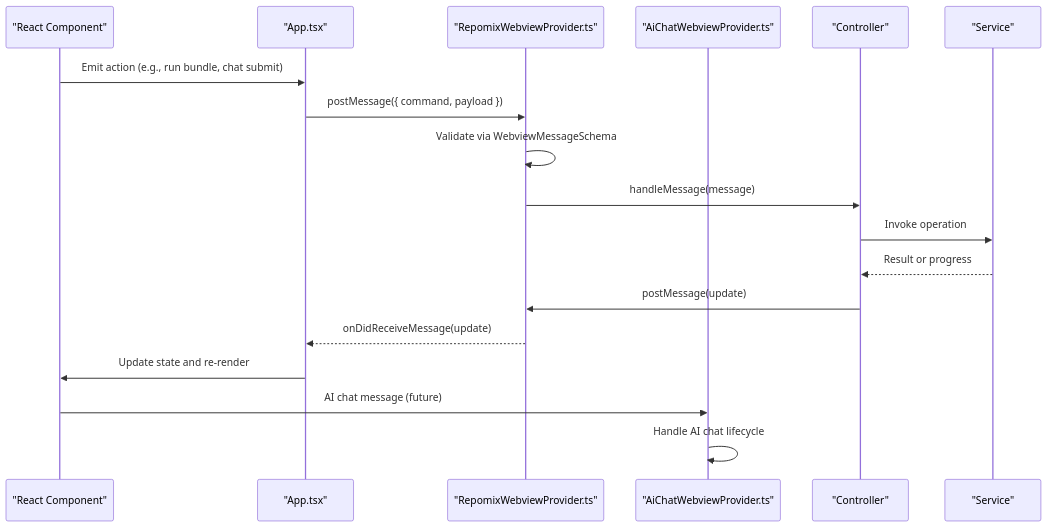
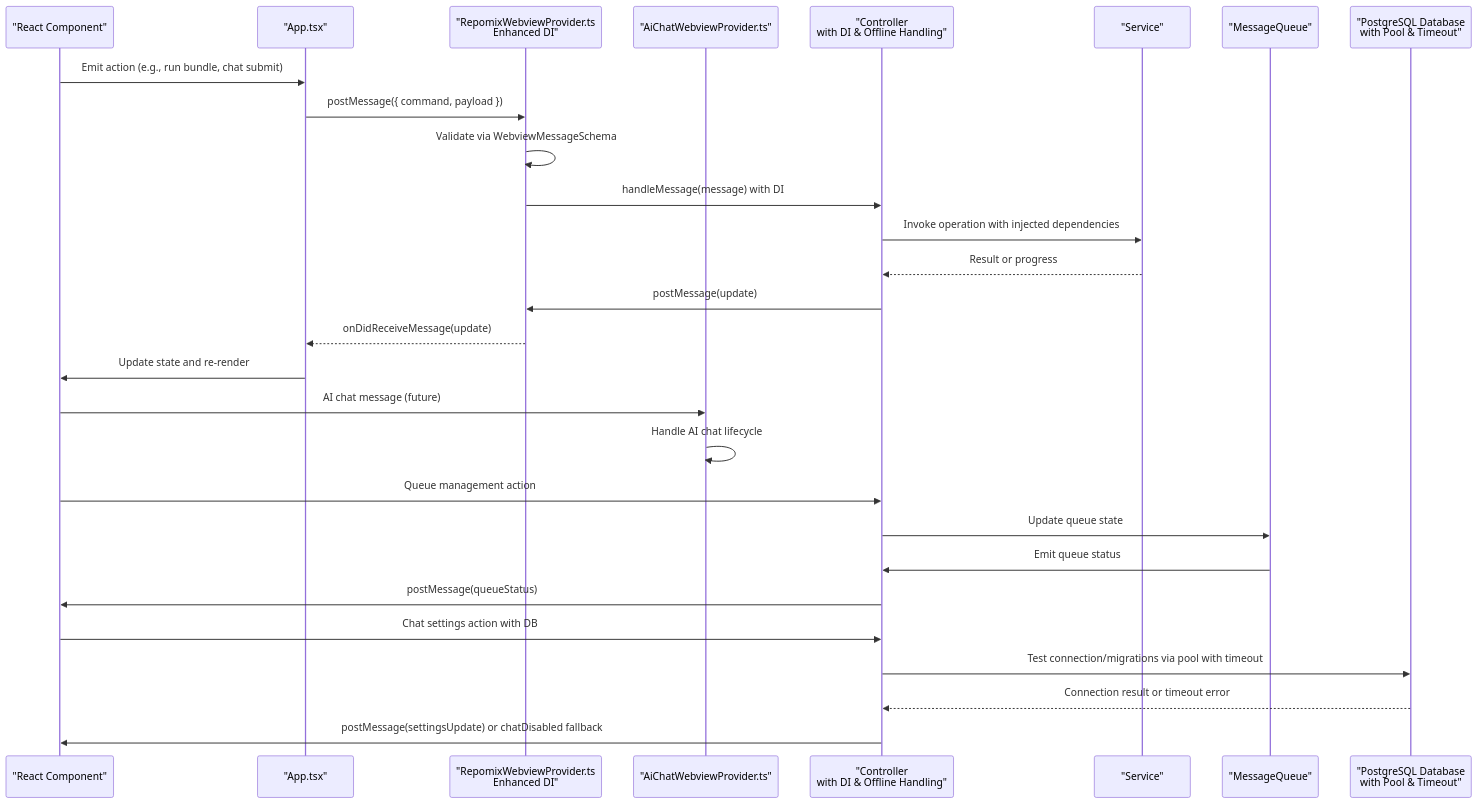
One commit to bramburn/repomix-runner changed the second of 18 diagrams in .qoder/repowiki/en/content/Webview Interface/Webview Interface.md. Above: the diagram before and after it, drawn with Mermaid. The commit also changed other lines of this file and 27 other files, not shown here.

````diff
--- a/.qoder/repowiki/en/content/Webview Interface/Webview Interface.md
+++ b/.qoder/repowiki/en/content/Webview Interface/Webview Interface.md
@@ -217,20 +283,30 @@
 ```mermaid
 sequenceDiagram
 participant UI as "React Component"
 participant APP as "App.tsx"
-participant RPV as "RepomixWebviewProvider.ts"
+participant RPV as "RepomixWebviewProvider.ts<br/>Enhanced DI"
 participant AICHPV as "AiChatWebviewProvider.ts"
-participant CTRL as "Controller"
+participant CTRL as "Controller<br/>with DI & Offline Handling"
 participant SVC as "Service"
+participant QUEUE as "MessageQueue"
+participant DB as "PostgreSQL Database<br/>with Pool & Timeout"
 UI->>APP : Emit action (e.g., run bundle, chat submit)
 APP->>RPV : postMessage({ command, payload })
 RPV->>RPV : Validate via WebviewMessageSchema
-RPV->>CTRL : handleMessage(message)
-CTRL->>SVC : Invoke operation
+RPV->>CTRL : handleMessage(message) with DI
+CTRL->>SVC : Invoke operation with injected dependencies
 SVC-->>CTRL : Result or progress
 CTRL->>RPV : postMessage(update)
 RPV-->>APP : onDidReceiveMessage(update)
 APP->>UI : Update state and re-render
 UI->>AICHPV : AI chat message (future)
 AICHPV->>AICHPV : Handle AI chat lifecycle
+UI->>CTRL : Queue management action
+CTRL->>QUEUE : Update queue state
+QUEUE->>CTRL : Emit queue status
+CTRL->>UI : postMessage(queueStatus)
+UI->>CTRL : Chat settings action with DB
+CTRL->>DB : Test connection/migrations via pool with timeout
+DB-->>CTRL : Connection result or timeout error
+CTRL->>UI : postMessage(settingsUpdate) or chatDisabled fallback
 ```
````
